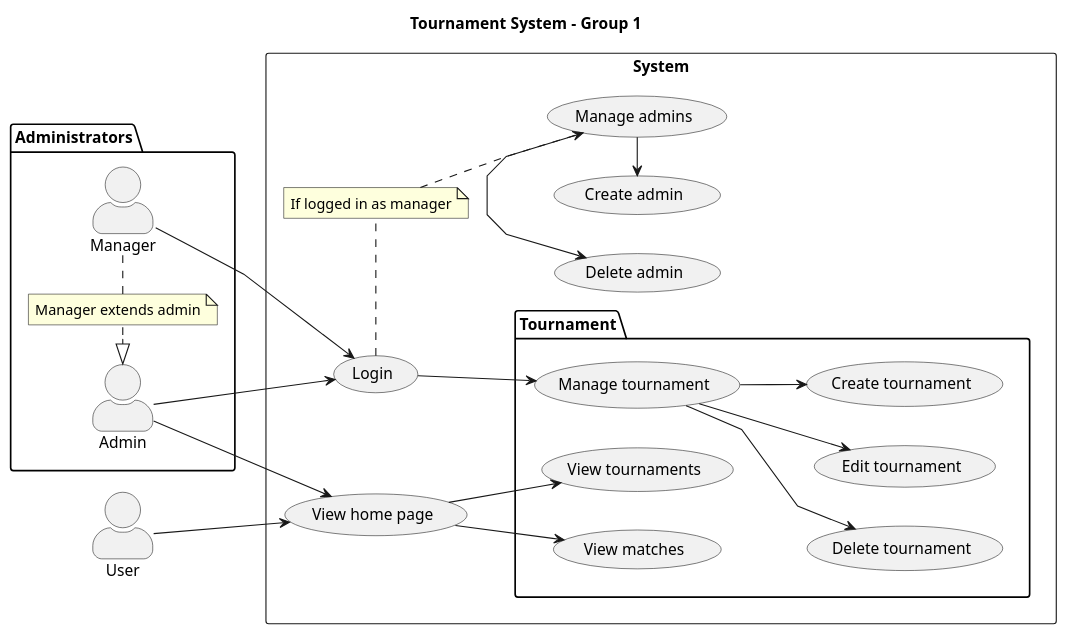
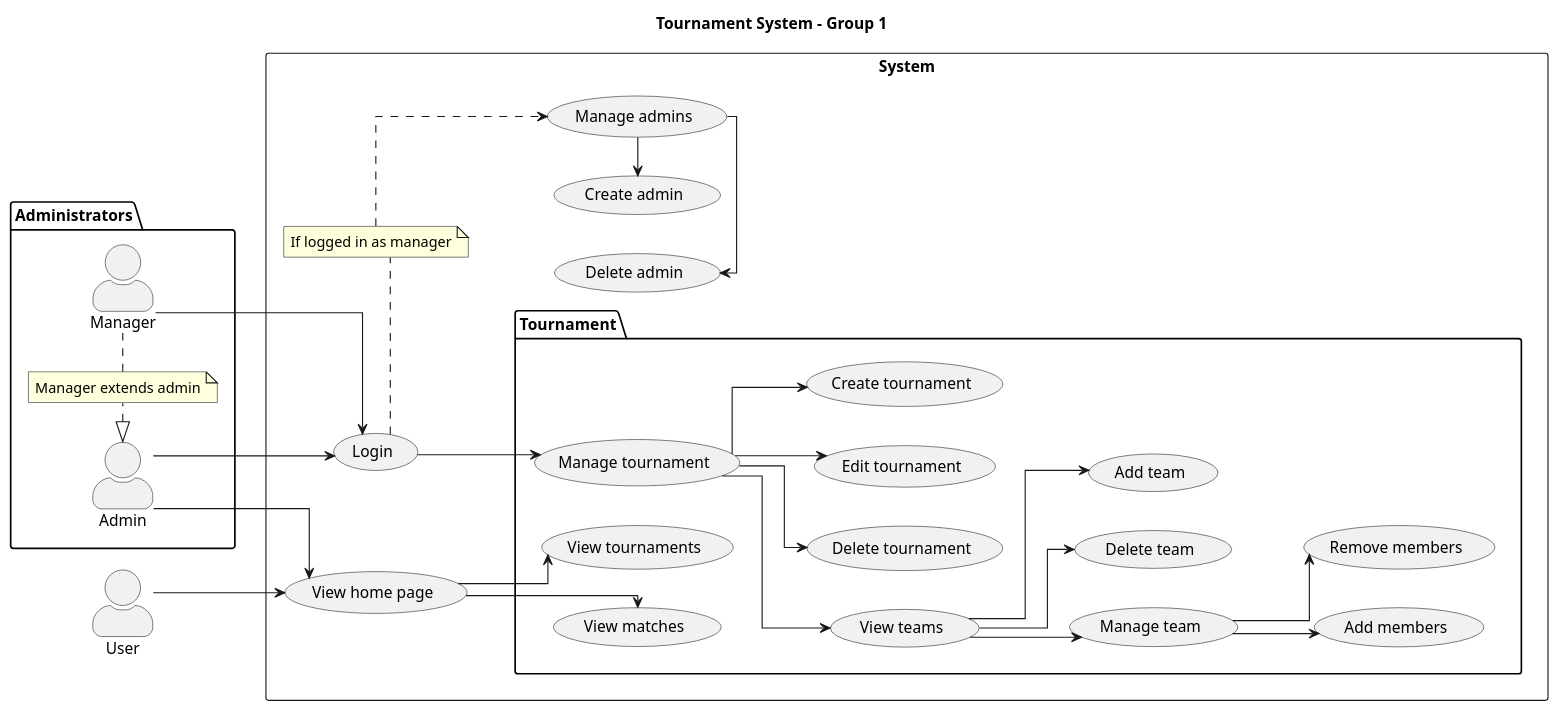
The diagram in documentation/useCaseDiagram.puml (felixalbrigtsen/asura-tmdb), drawn with PlantUML before and after one commit.

Commit message:
Expanded use-case diagram

```diff
--- a/documentation/useCaseDiagram.puml
+++ b/documentation/useCaseDiagram.puml
@@ -1,64 +1,81 @@
 @startuml Tournament System
 title Tournament System - Group 1 
 
 skinparam actorStyle awesome
-skinparam linetype polyline
+skinparam linetype ortho
 
 package Administrators {
     actor Manager as mgr
     actor Admin as adm
 
     note "Manager extends admin" as MgrNote
     mgr .l. MgrNote
     MgrNote .l.|> adm
 }
 
 actor User as u1
 
 left to right direction
 rectangle System {
     usecase "Login" as SysLogin
     usecase "Manage admins" as SysMngAdm
     
         usecase "Create admin" as SysCrtAdm
         usecase "Delete admin" as SysDelAdm
     
     usecase "View home page" as HomeView
     
     package Tournament {
         usecase "Manage tournament" as MngTou
         together {
             usecase "Create tournament" as TouCreateT
             usecase "Edit tournament" as TouEdit
             usecase "Delete tournament" as TouDelete
+            usecase "View teams" as TeamView
+        }
+        together {
+            usecase "Add team" as TeamAdd
+            usecase "Delete team" as TeamDel
+            usecase "Manage team" as TeamMng
+            usecase "Add members" as MembAdd
+            usecase "Remove members" as MembDel
         }
         together {
             usecase "View tournaments" as TouVtou
             usecase "View matches" as TouVmatch
         }
     }
 
     note "If logged in as manager" as SysCrtAdmNote
     SysLogin .r. SysCrtAdmNote
     SysCrtAdmNote ..> SysMngAdm
 }
 
 mgr --> SysLogin
 
 adm --> SysLogin
 adm --> HomeView
 
 u1 --> HomeView
 
 SysLogin --> MngTou
 
 SysMngAdm -l--> SysCrtAdm
 SysMngAdm -l--> SysDelAdm
 
 MngTou --> TouCreateT
 MngTou --> TouEdit
 MngTou --> TouDelete
+MngTou --> TeamView
+
+TeamView --> TeamAdd
+TeamView --> TeamDel
+TeamView --> TeamMng
+
+TeamMng --> MembAdd
+TeamMng --> MembDel
+
 
 HomeView --> TouVtou
 HomeView --> TouVmatch
 @enduml
```
